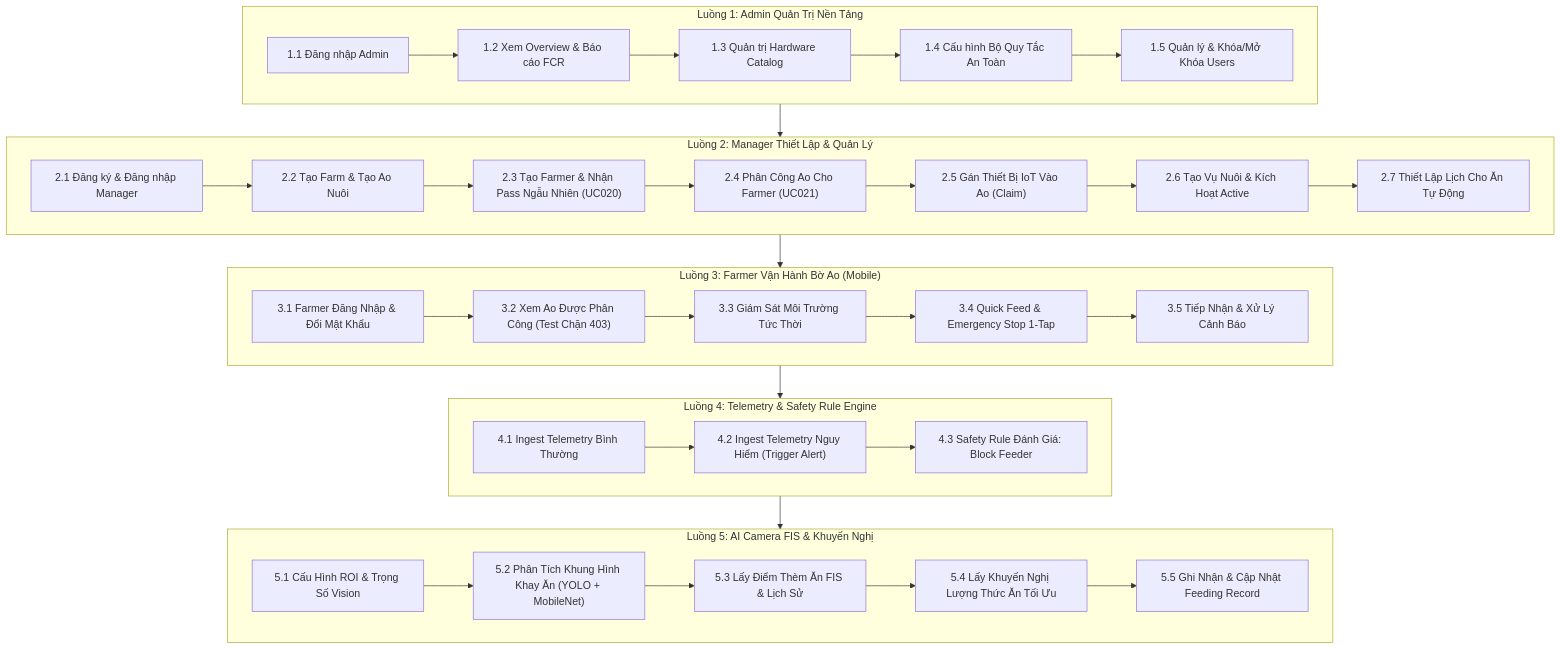
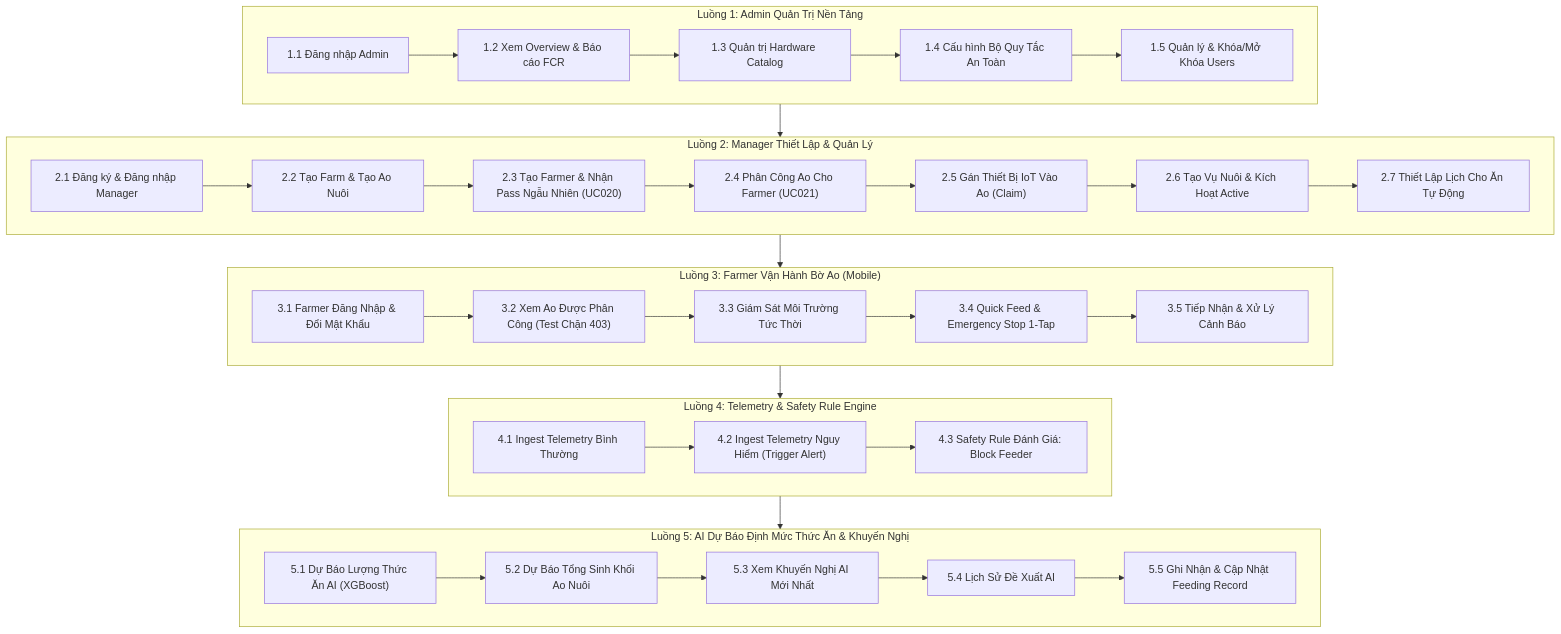
Before and after one commit to loc2605/ShrimpMate_BE: the diagram in docs/POSTMAN_TEST_FLOWS.md, drawn with Mermaid. The commit also changed other lines of this file and 31 other files, not shown here.

````diff
--- a/docs/POSTMAN_TEST_FLOWS.md
+++ b/docs/POSTMAN_TEST_FLOWS.md
@@ -60,42 +60,42 @@
 ```mermaid
 graph TD
     subgraph Flow1["Luồng 1: Admin Quản Trị Nền Tảng"]
         A1["1.1 Đăng nhập Admin"] --> A2["1.2 Xem Overview & Báo cáo FCR"]
         A2 --> A3["1.3 Quản trị Hardware Catalog"]
         A3 --> A4["1.4 Cấu hình Bộ Quy Tắc An Toàn"]
         A4 --> A5["1.5 Quản lý & Khóa/Mở Khóa Users"]
     end
 
     subgraph Flow2["Luồng 2: Manager Thiết Lập & Quản Lý"]
         M1["2.1 Đăng ký & Đăng nhập Manager"] --> M2["2.2 Tạo Farm & Tạo Ao Nuôi"]
         M2 --> M3["2.3 Tạo Farmer & Nhận Pass Ngẫu Nhiên (UC020)"]
         M3 --> M4["2.4 Phân Công Ao Cho Farmer (UC021)"]
         M4 --> M5["2.5 Gán Thiết Bị IoT Vào Ao (Claim)"]
         M5 --> M6["2.6 Tạo Vụ Nuôi & Kích Hoạt Active"]
         M6 --> M7["2.7 Thiết Lập Lịch Cho Ăn Tự Động"]
     end
 
     subgraph Flow3["Luồng 3: Farmer Vận Hành Bờ Ao (Mobile)"]
         F1["3.1 Farmer Đăng Nhập & Đổi Mật Khẩu"] --> F2["3.2 Xem Ao Được Phân Công (Test Chặn 403)"]
         F2 --> F3["3.3 Giám Sát Môi Trường Tức Thời"]
         F3 --> F4["3.4 Quick Feed & Emergency Stop 1-Tap"]
         F4 --> F5["3.5 Tiếp Nhận & Xử Lý Cảnh Báo"]
     end
 
     subgraph Flow4["Luồng 4: Telemetry & Safety Rule Engine"]
         T1["4.1 Ingest Telemetry Bình Thường"] --> T2["4.2 Ingest Telemetry Nguy Hiểm (Trigger Alert)"]
         T2 --> T3["4.3 Safety Rule Đánh Giá: Block Feeder"]
     end
 
-    subgraph Flow5["Luồng 5: AI Camera FIS & Khuyến Nghị"]
-        C1["5.1 Cấu Hình ROI & Trọng Số Vision"] --> C2["5.2 Phân Tích Khung Hình Khay Ăn (YOLO + MobileNet)"]
-        C2 --> C3["5.3 Lấy Điểm Thèm Ăn FIS & Lịch Sử"]
-        C3 --> C4["5.4 Lấy Khuyến Nghị Lượng Thức Ăn Tối Ưu"]
+    subgraph Flow5["Luồng 5: AI Dự Báo Định Mức Thức Ăn & Khuyến Nghị"]
+        C1["5.1 Dự Báo Lượng Thức Ăn AI (XGBoost)"] --> C2["5.2 Dự Báo Tổng Sinh Khối Ao Nuôi"]
+        C2 --> C3["5.3 Xem Khuyến Nghị AI Mới Nhất"]
+        C3 --> C4["5.4 Lịch Sử Đề Xuất AI"]
         C4 --> C5["5.5 Ghi Nhận & Cập Nhật Feeding Record"]
     end
 
     Flow1 --> Flow2
     Flow2 --> Flow3
     Flow3 --> Flow4
     Flow4 --> Flow5
 ```
````
